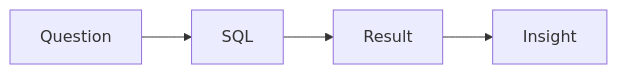
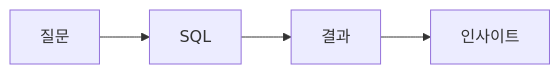
Before and after one commit to yeongseon-books/book-content: the diagram in content/data-science-career-101/ko/05-sql-and-analytics-interview.md, drawn with Mermaid. The commit also changed other lines of this file and 9 other files, not shown here.

````diff
--- a/content/data-science-career-101/ko/05-sql-and-analytics-interview.md
+++ b/content/data-science-career-101/ko/05-sql-and-analytics-interview.md
@@ -33,6 +41,6 @@
 ```mermaid
 flowchart LR
-    Q[Question] --> S[SQL]
-    S --> R[Result]
-    R --> I[Insight]
+    Q[질문] --> S[SQL]
+    S --> R[결과]
+    R --> I[인사이트]
 ```
````
